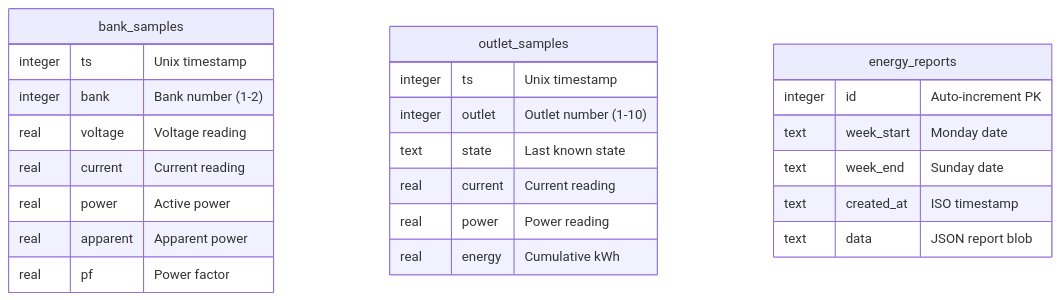
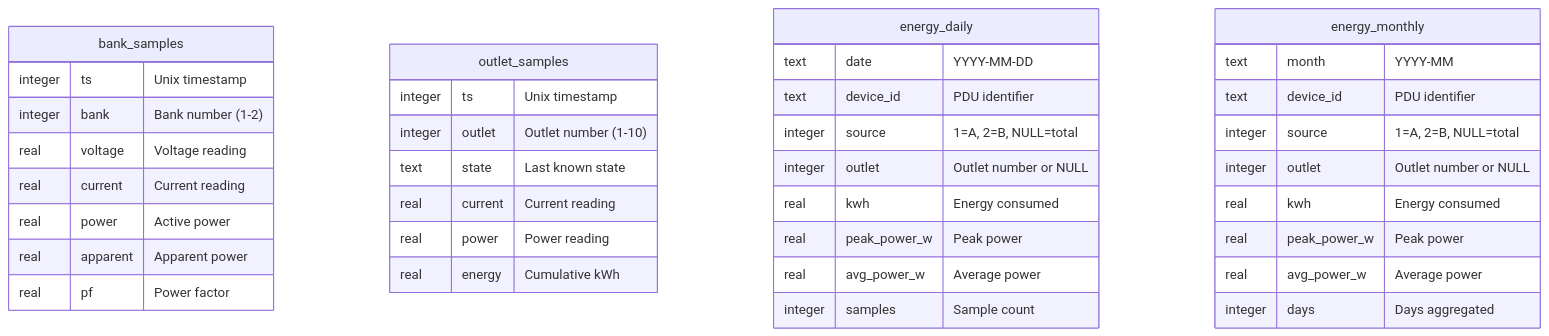
One commit to mvalancy/CyberPower-PDU changed the fourth of 4 diagrams in docs/architecture.md. Above: the diagram before and after it, drawn with Mermaid. The commit also changed other lines of this file and 25 other files, not shown here.

First line of the commit message:
Add auto-generated PDF energy reports (weekly + monthly)

````diff
--- a/docs/architecture.md
+++ b/docs/architecture.md
@@ -310,29 +310,43 @@
 ```mermaid
 erDiagram
     bank_samples {
         integer ts "Unix timestamp"
         integer bank "Bank number (1-2)"
         real voltage "Voltage reading"
         real current "Current reading"
         real power "Active power"
         real apparent "Apparent power"
         real pf "Power factor"
     }
 
     outlet_samples {
         integer ts "Unix timestamp"
         integer outlet "Outlet number (1-10)"
         text state "Last known state"
         real current "Current reading"
         real power "Power reading"
         real energy "Cumulative kWh"
     }
 
-    energy_reports {
-        integer id "Auto-increment PK"
-        text week_start "Monday date"
-        text week_end "Sunday date"
-        text created_at "ISO timestamp"
-        text data "JSON report blob"
+    energy_daily {
+        text date "YYYY-MM-DD"
+        text device_id "PDU identifier"
+        integer source "1=A, 2=B, NULL=total"
+        integer outlet "Outlet number or NULL"
+        real kwh "Energy consumed"
+        real peak_power_w "Peak power"
+        real avg_power_w "Average power"
+        integer samples "Sample count"
+    }
+
+    energy_monthly {
+        text month "YYYY-MM"
+        text device_id "PDU identifier"
+        integer source "1=A, 2=B, NULL=total"
+        integer outlet "Outlet number or NULL"
+        real kwh "Energy consumed"
+        real peak_power_w "Peak power"
+        real avg_power_w "Average power"
+        integer days "Days aggregated"
     }
 ```
````
